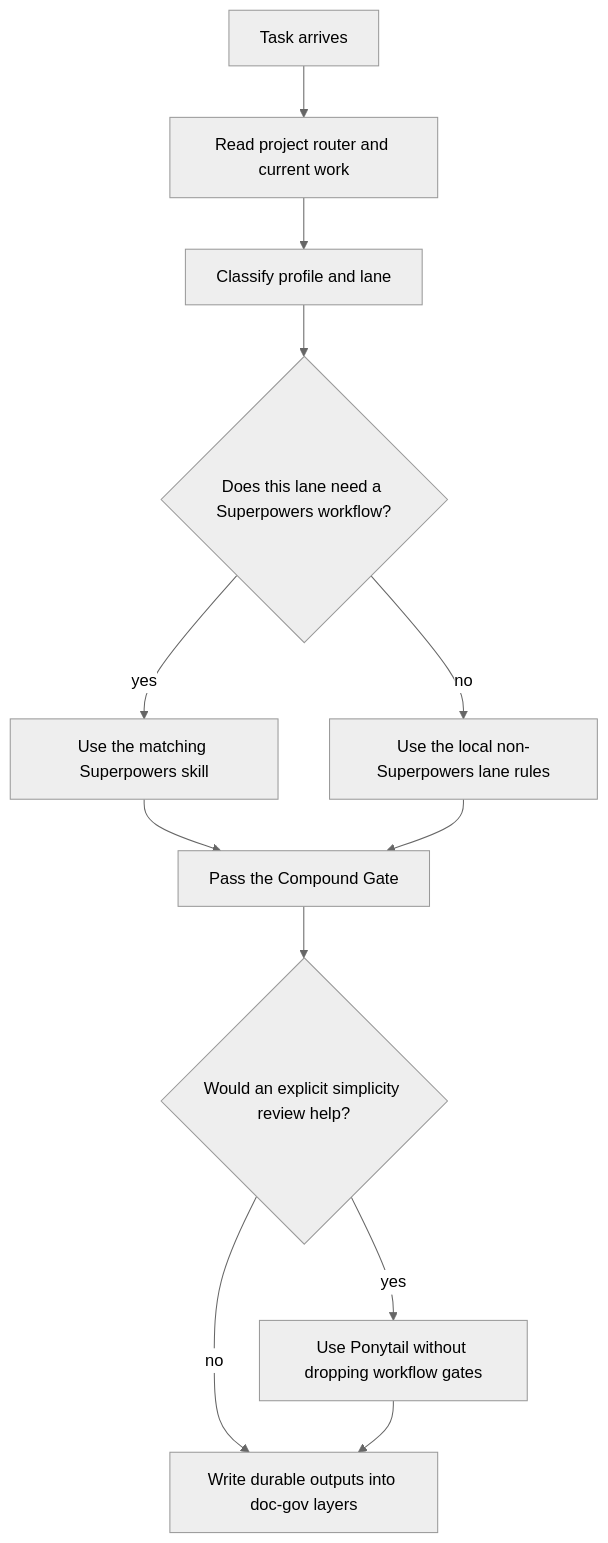
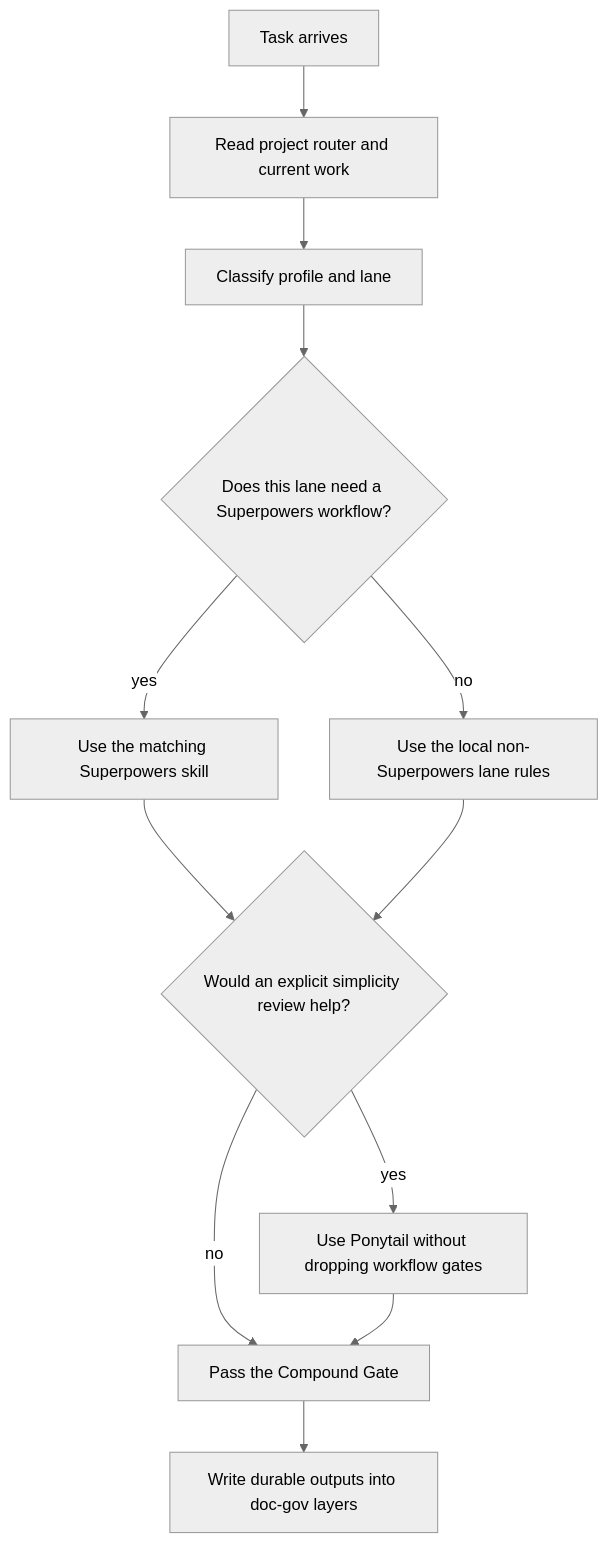
One commit to PieAIStudio/ProjectGovernanceSystem changed the diagram in integrations/superpowers.md. Above: the diagram before and after it, drawn with Mermaid (neutral theme). The commit also changed other lines of this file and 11 other files, not shown here.

First line of the commit message:
Align public docs with Compound Gate

````diff
--- a/integrations/superpowers.md
+++ b/integrations/superpowers.md
@@ -68,14 +68,14 @@
 ```mermaid
 flowchart TD
   A["Task arrives"] --> B["Read project router and current work"]
   B --> C["Classify profile and lane"]
   C --> D{"Does this lane need a Superpowers workflow?"}
   D -- "yes" --> E["Use the matching Superpowers skill"]
   D -- "no" --> F["Use the local non-Superpowers lane rules"]
-  E --> G["Pass the Compound Gate"]
+  E --> G{"Would an explicit simplicity review help?"}
   F --> G
-  G --> H{"Would an explicit simplicity review help?"}
-  H -- "yes" --> I["Use Ponytail without dropping workflow gates"]
-  H -- "no" --> J["Write durable outputs into doc-gov layers"]
-  I --> J
+  G -- "yes" --> H["Use Ponytail without dropping workflow gates"]
+  G -- "no" --> I["Pass the Compound Gate"]
+  H --> I
+  I --> J["Write durable outputs into doc-gov layers"]
 ```
````
